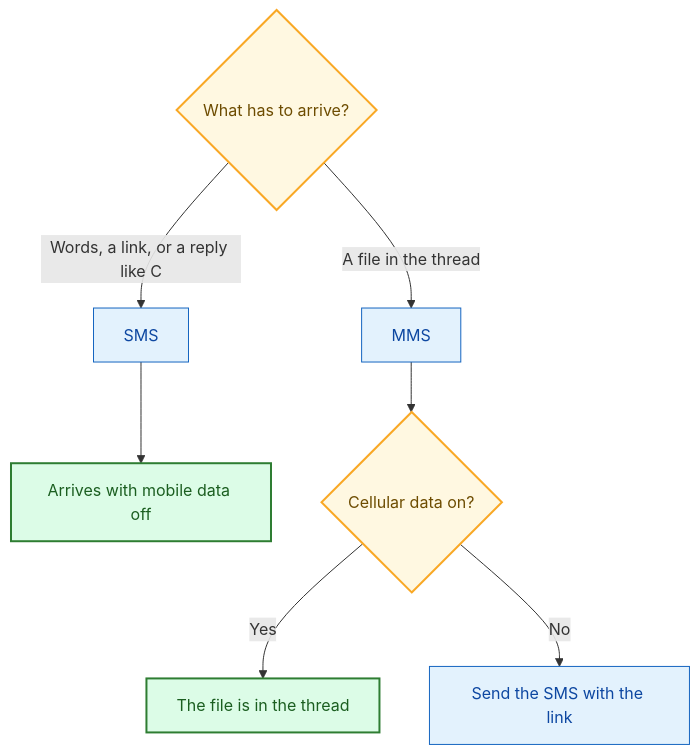
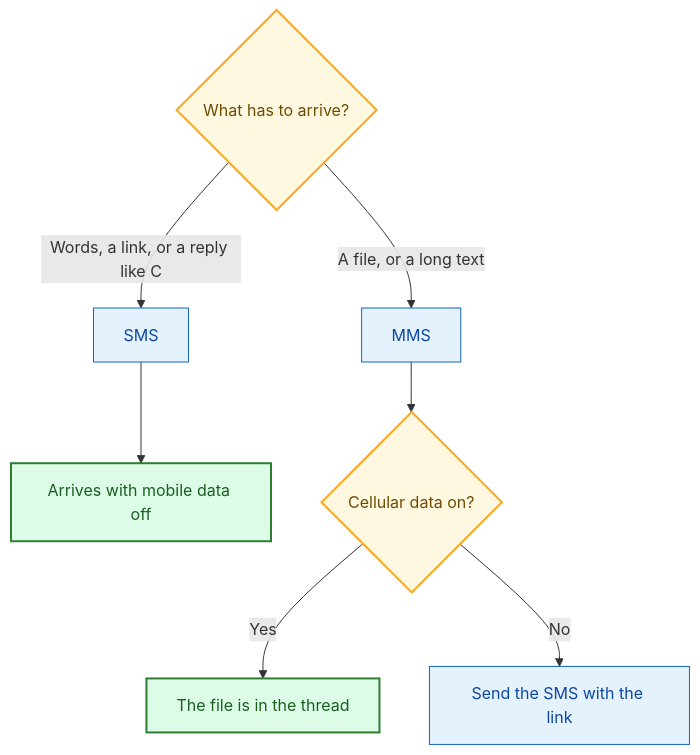
One commit to daava-hq/shared-docs changed the first of 3 diagrams in docs/sms-and-picture-messages.md. Above: the diagram before and after it, drawn with Mermaid. The commit also changed other lines of this file, not shown here.

First line of the commit message:
Explain a long text sent as MMS, with no file attached

````diff
--- a/docs/sms-and-picture-messages.md
+++ b/docs/sms-and-picture-messages.md
@@ -30,18 +30,18 @@
 ```mermaid
 flowchart TD
   Q{"What has to arrive?"}
   Q -->|"Words, a link, or a reply like C"| SMS["SMS"]
-  Q -->|"A file in the thread"| MMS["MMS"]
+  Q -->|"A file, or a long text"| MMS["MMS"]
   SMS --> LAND["Arrives with mobile data off"]
   MMS --> DATA{"Cellular data on?"}
   DATA -->|Yes| FILE["The file is in the thread"]
   DATA -->|No| BACK["Send the SMS with the link"]
 
   classDef decisionNode fill:#fff8e1,stroke:#f9a825,stroke-width:2px,color:#6d4c00
   classDef actionNode fill:#e3f2fd,stroke:#1565c0,color:#0d47a1
   classDef cleanNode fill:#dcfce7,stroke:#2e7d32,stroke-width:2px,color:#1b5e20
 
   class Q,DATA decisionNode
   class SMS,MMS,BACK actionNode
   class LAND,FILE cleanNode
 ```
````
